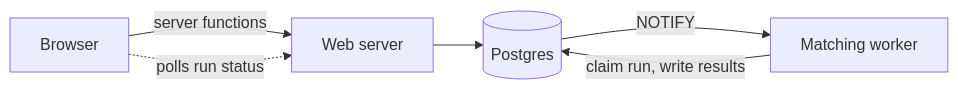
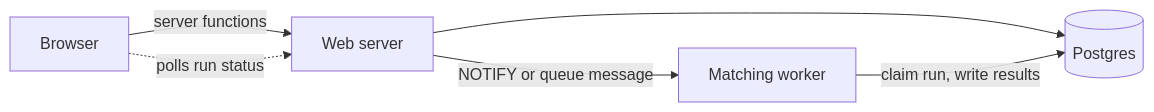
The diagram in README.md (CureAI-dev/HLA-Trans), drawn with Mermaid before and after one commit. The commit also changed other lines of this file and 1 other file, not shown here.

````diff
--- a/README.md
+++ b/README.md
@@ -40,8 +83,8 @@
 ```mermaid
 flowchart LR
   B[Browser] -->|server functions| W[Web server]
   W --> PG[(Postgres)]
   K[Matching worker] -->|claim run, write results| PG
-  PG -->|NOTIFY| K
+  W -->|NOTIFY or queue message| K
   B -.->|polls run status| W
 ```
````
